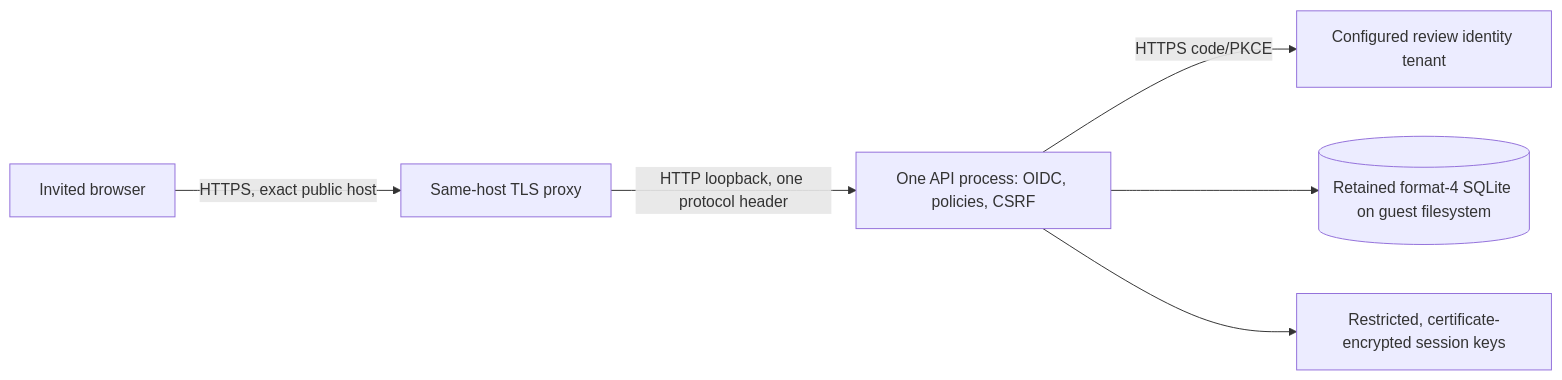
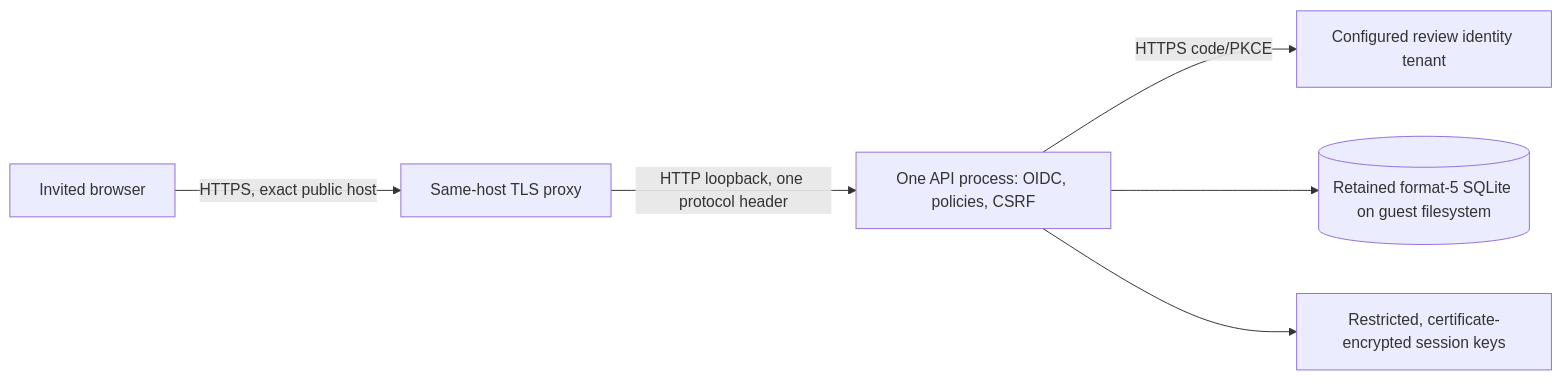
The diagram in docs/tasks/review-hosting-preparation.md (shivamchopra/enterprise-case-intelligence), drawn with Mermaid before and after one commit. The commit also changed other lines of this file and 56 other files, not shown here.

Commit message:
Implement case priority API and explicit format-five upgrades

````diff
--- a/docs/tasks/review-hosting-preparation.md
+++ b/docs/tasks/review-hosting-preparation.md
@@ -22,8 +22,8 @@
 ```mermaid
 flowchart LR
     Reviewer[Invited browser] -->|HTTPS, exact public host| Proxy[Same-host TLS proxy]
     Proxy -->|HTTP loopback, one protocol header| Api[One API process: OIDC, policies, CSRF]
     Api -->|HTTPS code/PKCE| Identity[Configured review identity tenant]
-    Api --> Cases[(Retained format-4 SQLite on guest filesystem)]
+    Api --> Cases[(Retained format-5 SQLite on guest filesystem)]
     Api --> Keys[Restricted, certificate-encrypted session keys]
 ```
````
